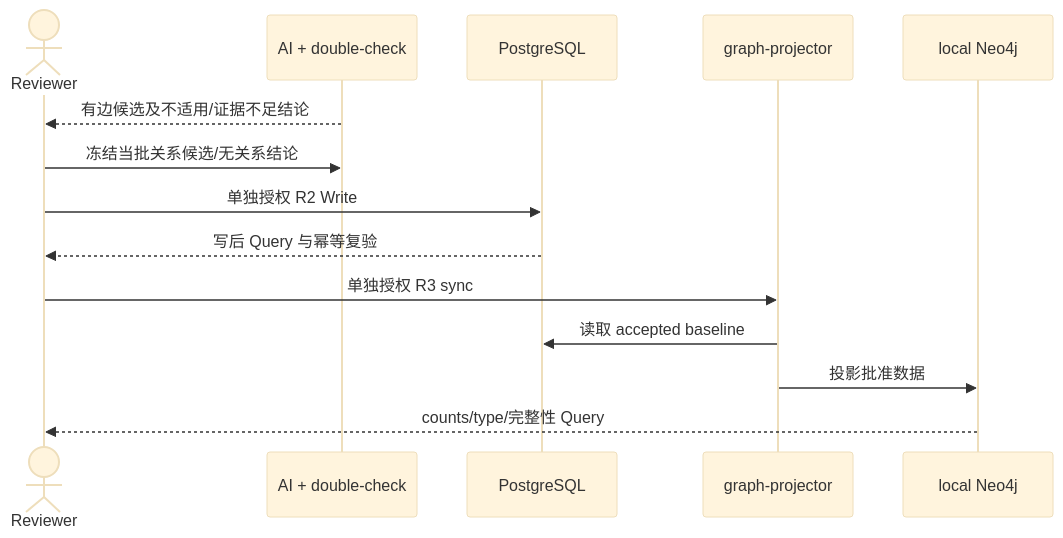
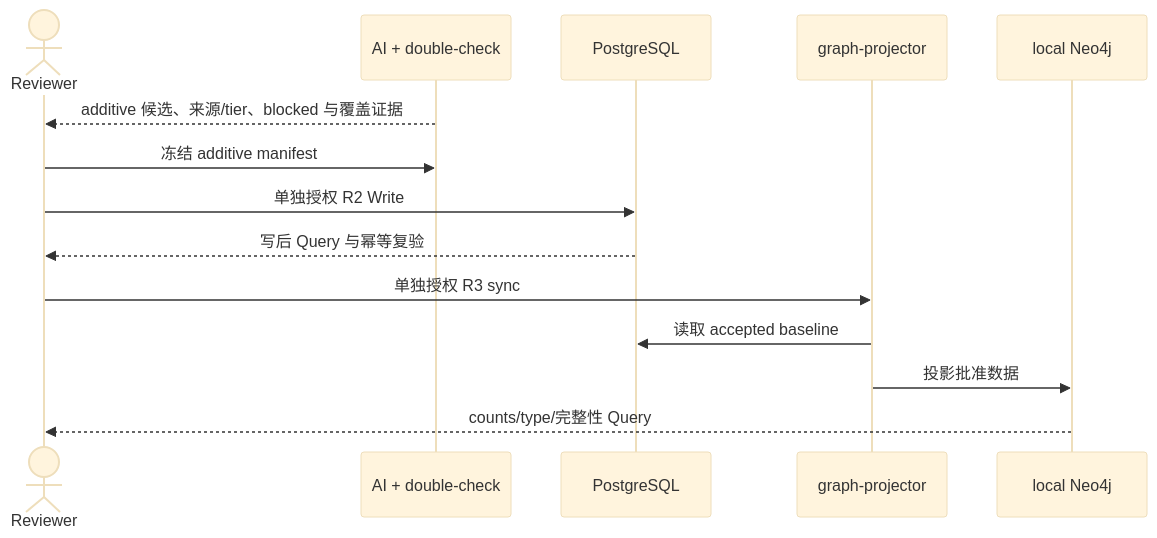
The second of 2 diagrams in openspec/changes/rebuild-foundation-graph-and-enrich-chain-data/design.md (meierlink88/tidewise-ai), drawn with Mermaid (base theme) before and after one commit. The commit also changed other lines of this file and 15 other files, not shown here.

````diff
--- a/openspec/changes/rebuild-foundation-graph-and-enrich-chain-data/design.md
+++ b/openspec/changes/rebuild-foundation-graph-and-enrich-chain-data/design.md
@@ -81,16 +85,16 @@
 ```mermaid
 sequenceDiagram
     actor Reviewer as Reviewer
     participant Analysis as AI + double-check
     participant PG as PostgreSQL
     participant Projector as graph-projector
     participant Neo as local Neo4j
-    Analysis-->>Reviewer: 有边候选及不适用/证据不足结论
-    Reviewer->>Analysis: 冻结当批关系候选/无关系结论
+    Analysis-->>Reviewer: additive 候选、来源/tier、blocked 与覆盖证据
+    Reviewer->>Analysis: 冻结 additive manifest
     Reviewer->>PG: 单独授权 R2 Write
     PG-->>Reviewer: 写后 Query 与幂等复验
     Reviewer->>Projector: 单独授权 R3 sync
     Projector->>PG: 读取 accepted baseline
     Projector->>Neo: 投影批准数据
     Neo-->>Reviewer: counts/type/完整性 Query
 ```
````
